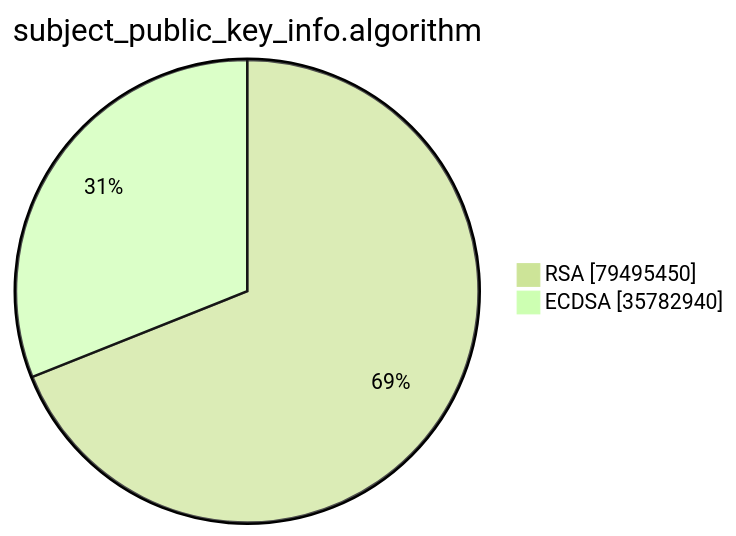
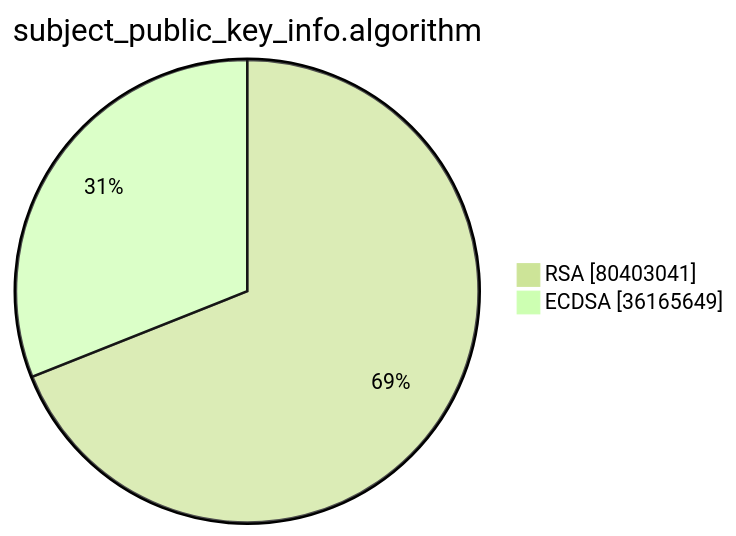
The second of 15 diagrams in xenon2023/README.md (christiankrug/ctmonitor_visualization), drawn with Mermaid (forest theme) before and after one commit. The commit also changed other lines of this file, not shown here.

````diff
--- a/xenon2023/README.md
+++ b/xenon2023/README.md
@@ -6,6 +6,6 @@
 ```mermaid
 pie showData
 title subject_public_key_info.algorithm
-"RSA" :79495450
-"ECDSA" :35782940
+"RSA" :80403041
+"ECDSA" :36165649
 ```
````
